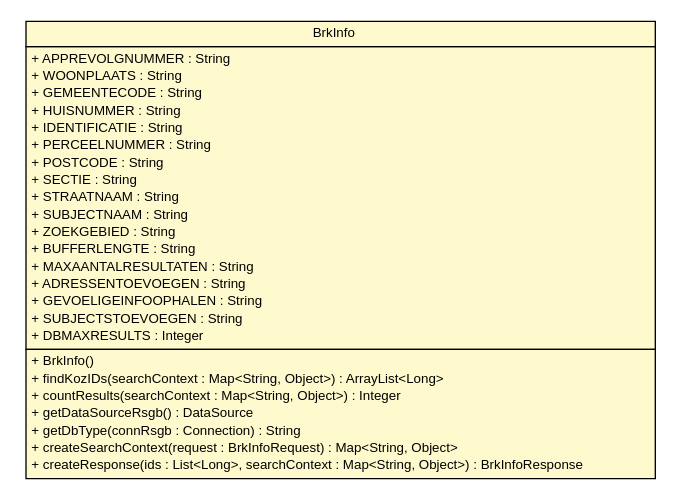
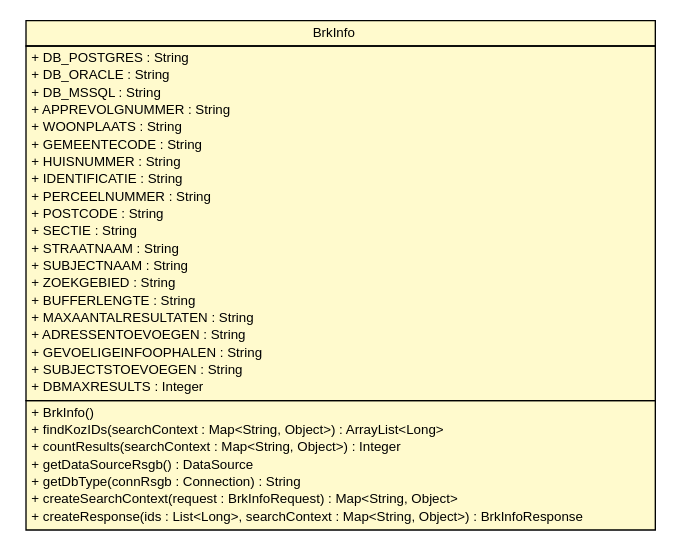
The diagram in brmo-soap/apidocs/nl/b3p/brmo/soap/db/BrkInfo.dot (B3Partners/brmo), drawn with Graphviz before and after one commit. The commit also changed 247 other files, not shown here.

```diff
--- a/brmo-soap/apidocs/nl/b3p/brmo/soap/db/BrkInfo.dot
+++ b/brmo-soap/apidocs/nl/b3p/brmo/soap/db/BrkInfo.dot
@@ -1,46 +1,49 @@
 #!/usr/local/bin/dot
 #
 # Class diagram 
 # Generated by UMLGraph version R5_6-24-gf6e263 (http://www.umlgraph.org/)
 #
 
 digraph G {
 	edge [fontname="Helvetica",fontsize=10,labelfontname="Helvetica",labelfontsize=10];
 	node [fontname="Helvetica",fontsize=10,shape=plaintext];
 	nodesep=0.25;
 	ranksep=0.5;
 	// nl.b3p.brmo.soap.db.BrkInfo
 	c365 [label=<<table title="nl.b3p.brmo.soap.db.BrkInfo" border="0" cellborder="1" cellspacing="0" cellpadding="2" port="p" bgcolor="lemonChiffon" href="./BrkInfo.html">
 		<tr><td><table border="0" cellspacing="0" cellpadding="1">
 <tr><td align="center" balign="center"> BrkInfo </td></tr>
 		</table></td></tr>
 		<tr><td><table border="0" cellspacing="0" cellpadding="1">
+<tr><td align="left" balign="left"> + DB_POSTGRES : String </td></tr>
+<tr><td align="left" balign="left"> + DB_ORACLE : String </td></tr>
+<tr><td align="left" balign="left"> + DB_MSSQL : String </td></tr>
 <tr><td align="left" balign="left"> + APPREVOLGNUMMER : String </td></tr>
 <tr><td align="left" balign="left"> + WOONPLAATS : String </td></tr>
 <tr><td align="left" balign="left"> + GEMEENTECODE : String </td></tr>
 <tr><td align="left" balign="left"> + HUISNUMMER : String </td></tr>
 <tr><td align="left" balign="left"> + IDENTIFICATIE : String </td></tr>
 <tr><td align="left" balign="left"> + PERCEELNUMMER : String </td></tr>
 <tr><td align="left" balign="left"> + POSTCODE : String </td></tr>
 <tr><td align="left" balign="left"> + SECTIE : String </td></tr>
 <tr><td align="left" balign="left"> + STRAATNAAM : String </td></tr>
 <tr><td align="left" balign="left"> + SUBJECTNAAM : String </td></tr>
 <tr><td align="left" balign="left"> + ZOEKGEBIED : String </td></tr>
 <tr><td align="left" balign="left"> + BUFFERLENGTE : String </td></tr>
 <tr><td align="left" balign="left"> + MAXAANTALRESULTATEN : String </td></tr>
 <tr><td align="left" balign="left"> + ADRESSENTOEVOEGEN : String </td></tr>
 <tr><td align="left" balign="left"> + GEVOELIGEINFOOPHALEN : String </td></tr>
 <tr><td align="left" balign="left"> + SUBJECTSTOEVOEGEN : String </td></tr>
 <tr><td align="left" balign="left"> + DBMAXRESULTS : Integer </td></tr>
 		</table></td></tr>
 		<tr><td><table border="0" cellspacing="0" cellpadding="1">
 <tr><td align="left" balign="left"> + BrkInfo() </td></tr>
 <tr><td align="left" balign="left"> + findKozIDs(searchContext : Map&lt;String, Object&gt;) : ArrayList&lt;Long&gt; </td></tr>
 <tr><td align="left" balign="left"> + countResults(searchContext : Map&lt;String, Object&gt;) : Integer </td></tr>
 <tr><td align="left" balign="left"> + getDataSourceRsgb() : DataSource </td></tr>
 <tr><td align="left" balign="left"> + getDbType(connRsgb : Connection) : String </td></tr>
 <tr><td align="left" balign="left"> + createSearchContext(request : BrkInfoRequest) : Map&lt;String, Object&gt; </td></tr>
 <tr><td align="left" balign="left"> + createResponse(ids : List&lt;Long&gt;, searchContext : Map&lt;String, Object&gt;) : BrkInfoResponse </td></tr>
 		</table></td></tr>
 		</table>>, URL="./BrkInfo.html", fontname="Helvetica", fontcolor="black", fontsize=10.0];
 }
```
